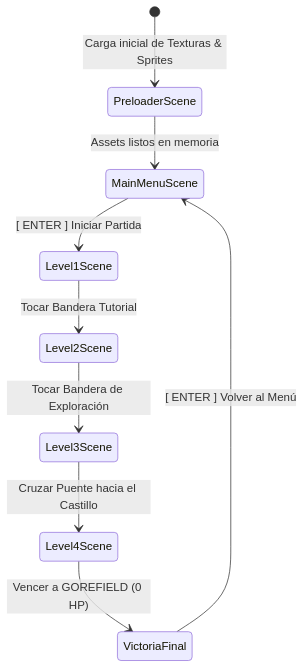
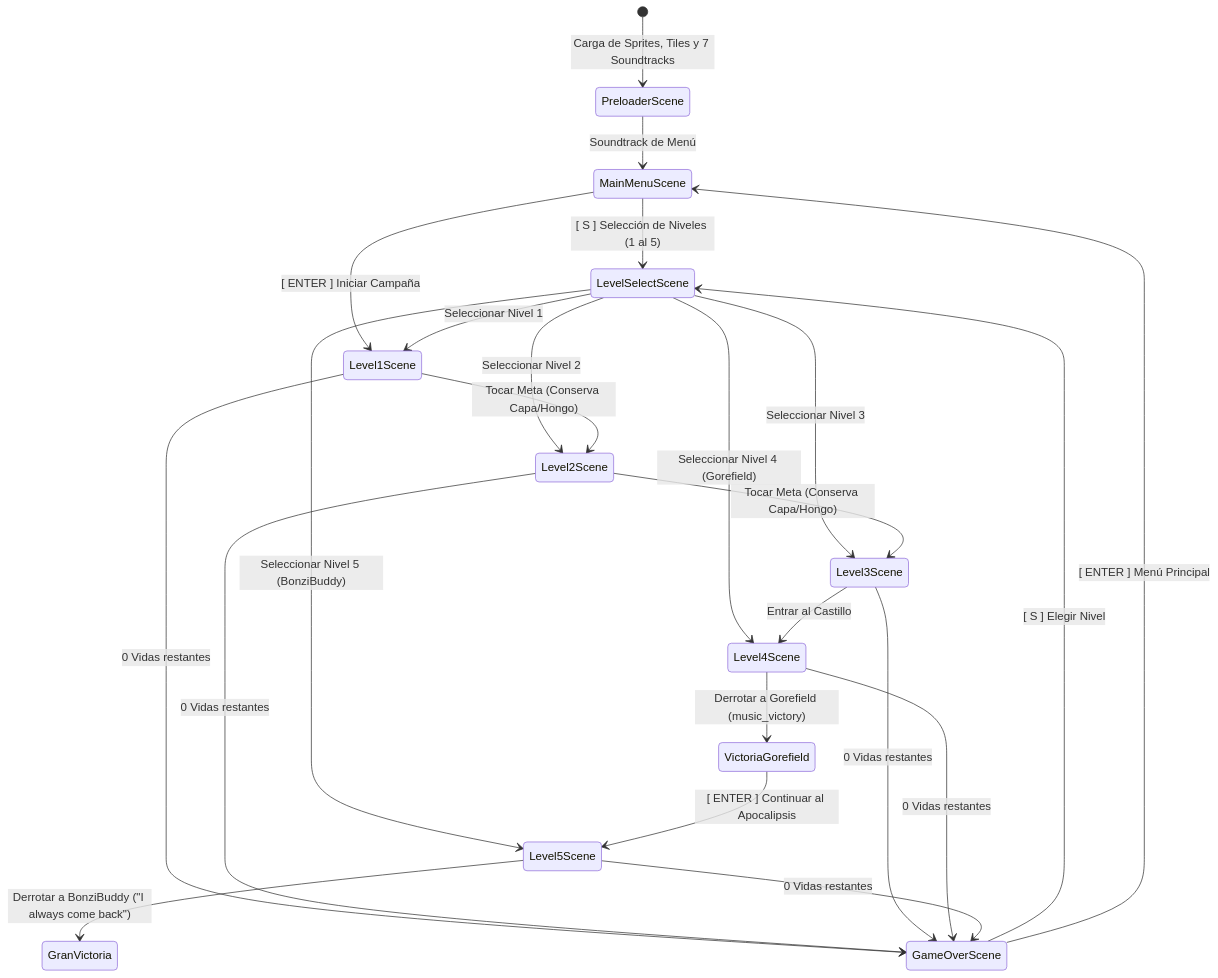
One commit to 2026B-sof-jueg-gr1/AlbanLucas-DorianJoel-jueg-Gr3 changed the second of 2 diagrams in PRESENTACION.md. Above: the diagram before and after it, drawn with Mermaid. The commit also changed other lines of this file and 25 other files, not shown here.

````diff
--- a/PRESENTACION.md
+++ b/PRESENTACION.md
@@ -65,11 +65,25 @@
 ```mermaid
 stateDiagram-v2
-    [*] --> PreloaderScene : Carga inicial de Texturas & Sprites
-    PreloaderScene --> MainMenuScene : Assets listos en memoria
-    MainMenuScene --> Level1Scene : [ ENTER ] Iniciar Partida
-    Level1Scene --> Level2Scene : Tocar Bandera Tutorial
-    Level2Scene --> Level3Scene : Tocar Bandera de Exploración
-    Level3Scene --> Level4Scene : Cruzar Puente hacia el Castillo
-    Level4Scene --> VictoriaFinal : Vencer a GOREFIELD (0 HP)
-    VictoriaFinal --> MainMenuScene : [ ENTER ] Volver al Menú
+    [*] --> PreloaderScene : Carga de Sprites, Tiles y 7 Soundtracks
+    PreloaderScene --> MainMenuScene : Soundtrack de Menú
+    MainMenuScene --> LevelSelectScene : [ S ] Selección de Niveles (1 al 5)
+    MainMenuScene --> Level1Scene : [ ENTER ] Iniciar Campaña
+    LevelSelectScene --> Level1Scene : Seleccionar Nivel 1
+    LevelSelectScene --> Level2Scene : Seleccionar Nivel 2
+    LevelSelectScene --> Level3Scene : Seleccionar Nivel 3
+    LevelSelectScene --> Level4Scene : Seleccionar Nivel 4 (Gorefield)
+    LevelSelectScene --> Level5Scene : Seleccionar Nivel 5 (BonziBuddy)
+    Level1Scene --> Level2Scene : Tocar Meta (Conserva Capa/Hongo)
+    Level2Scene --> Level3Scene : Tocar Meta (Conserva Capa/Hongo)
+    Level3Scene --> Level4Scene : Entrar al Castillo
+    Level4Scene --> VictoriaGorefield : Derrotar a Gorefield (music_victory)
+    VictoriaGorefield --> Level5Scene : [ ENTER ] Continuar al Apocalipsis
+    Level5Scene --> GranVictoria : Derrotar a BonziBuddy ("I always come back")
+    Level1Scene --> GameOverScene : 0 Vidas restantes
+    Level2Scene --> GameOverScene : 0 Vidas restantes
+    Level3Scene --> GameOverScene : 0 Vidas restantes
+    Level4Scene --> GameOverScene : 0 Vidas restantes
+    Level5Scene --> GameOverScene : 0 Vidas restantes
+    GameOverScene --> LevelSelectScene : [ S ] Elegir Nivel
+    GameOverScene --> MainMenuScene : [ ENTER ] Menú Principal
 ```
````
